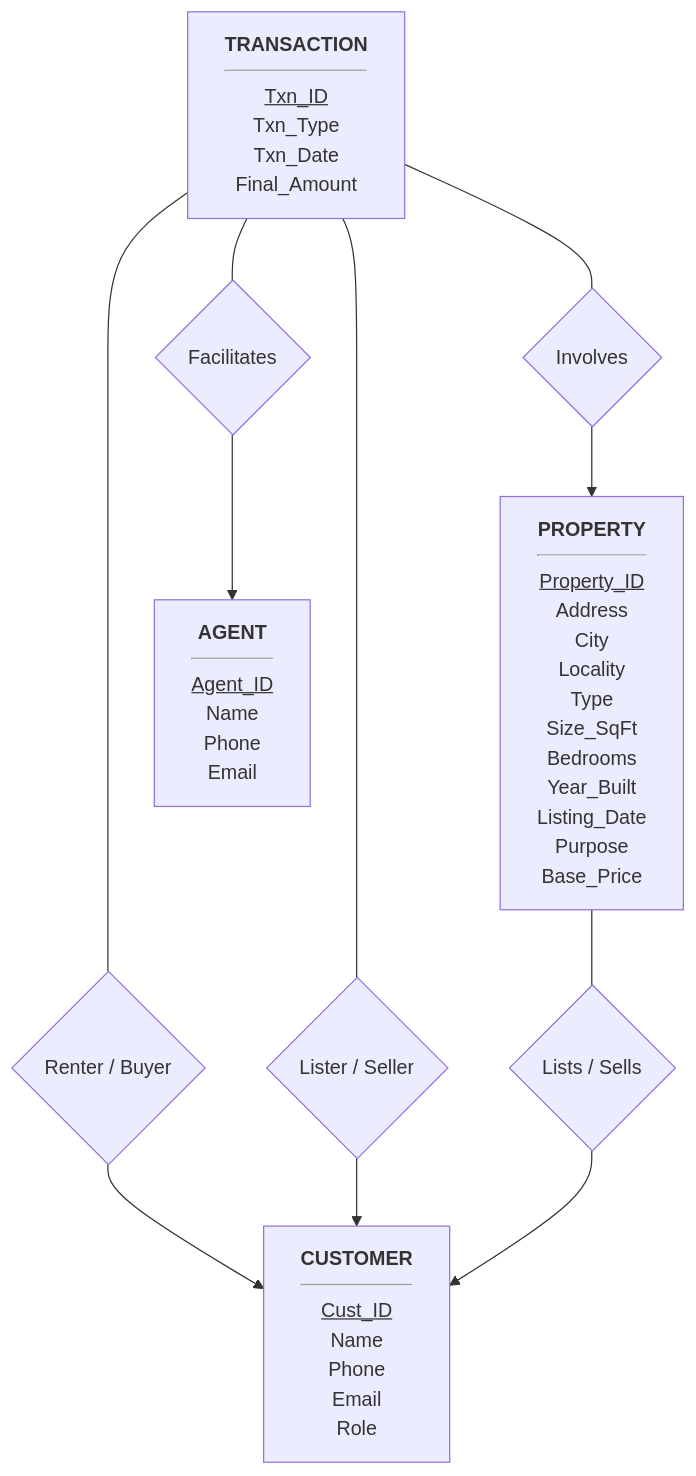
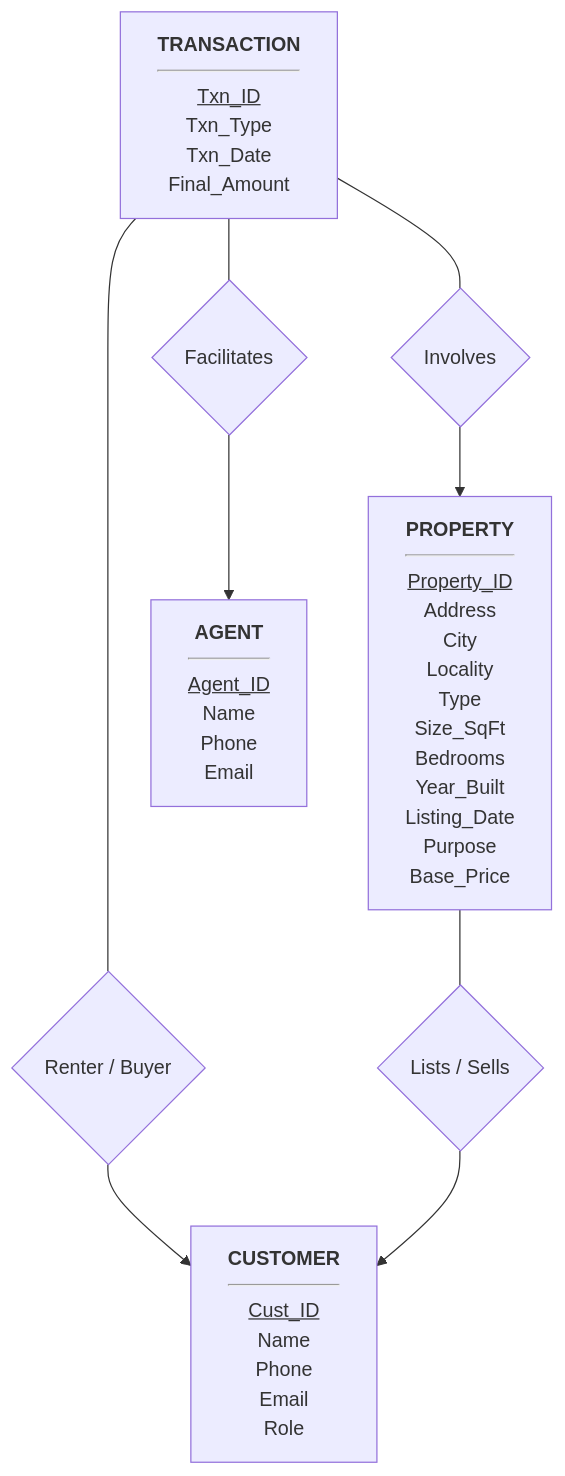
The diagram in er-diagram.md (SuperCoolPencil/DBMS-Project), drawn with Mermaid before and after one commit.

Commit message:
fix er redundancy

````diff
--- a/er-diagram.md
+++ b/er-diagram.md
@@ -51,30 +51,26 @@
 ```mermaid
 graph TD
     %% Tables (Rectangles with Attributes)
     C["<b>CUSTOMER</b><hr><u>Cust_ID</u><br>Name<br>Phone<br>Email<br>Role"]
     T["<b>TRANSACTION</b><hr><u>Txn_ID</u><br>Txn_Type<br>Txn_Date<br>Final_Amount"]
     P["<b>PROPERTY</b><hr><u>Property_ID</u><br>Address<br>City<br>Locality<br>Type<br>Size_SqFt<br>Bedrooms<br>Year_Built<br>Listing_Date<br>Purpose<br>Base_Price"]
     A["<b>AGENT</b><hr><u>Agent_ID</u><br>Name<br>Phone<br>Email<br>"]
 
     %% Relationships (Diamonds)
     Rel_RentBuy{"Renter / Buyer"}
-    Rel_ListSellTxn{"Lister / Seller"}
     Rel_Facilitates{"Facilitates"}
     Rel_ListSellsProp{"Lists / Sells"}
     Rel_Involves{"Involves"}
 
     %% CUSTOMER <--- Rent/Buy --- TRANSACTION
     T --- Rel_RentBuy --> C
-
-    %% CUSTOMER <--- List/Sell ---- TRANSACTION
-    T --- Rel_ListSellTxn --> C
 
     %% AGENT <--- Facilitates --- TRANSACTION
     T --- Rel_Facilitates --> A
 
     %% CUSTOMER <--- List/Sells --- PROPERTY
     P --- Rel_ListSellsProp --> C
 
     %% PROPERTY <--- Involves --- TRANSACTION
     T --- Rel_Involves --> P
 ``` 
````
